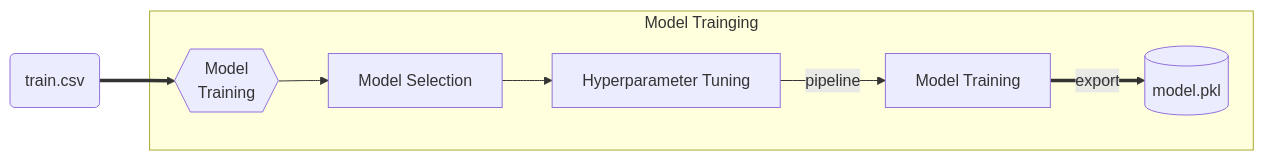
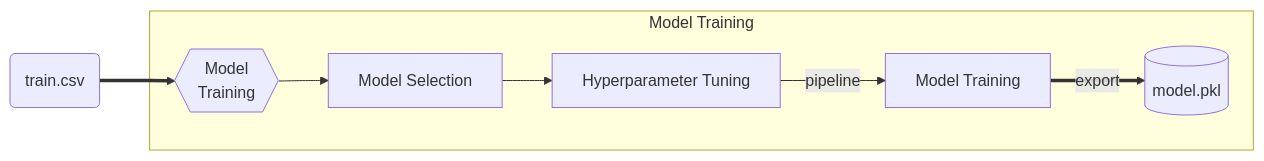
One commit to arv-anshul/ineuron-project-docs-template changed the third of 6 diagrams in docs/markdowns/LLD.md. Above: the diagram before and after it, drawn with Mermaid. The commit also changed other lines of this file and 3 other files, not shown here.

````diff
--- a/docs/markdowns/LLD.md
+++ b/docs/markdowns/LLD.md
@@ -83,12 +83,12 @@
 ```mermaid
 flowchart LR
 
     A(train.csv) ==> F{{Model\n Training}}
 
-    subgraph Model Trainging
+    subgraph Model Training
         F --> G[Model Selection]
         G --> H[Hyperparameter Tuning]
         H --> |pipeline| I[Model Training]
         I ==> |export| J[(model.pkl)]
     end
 ```
````
